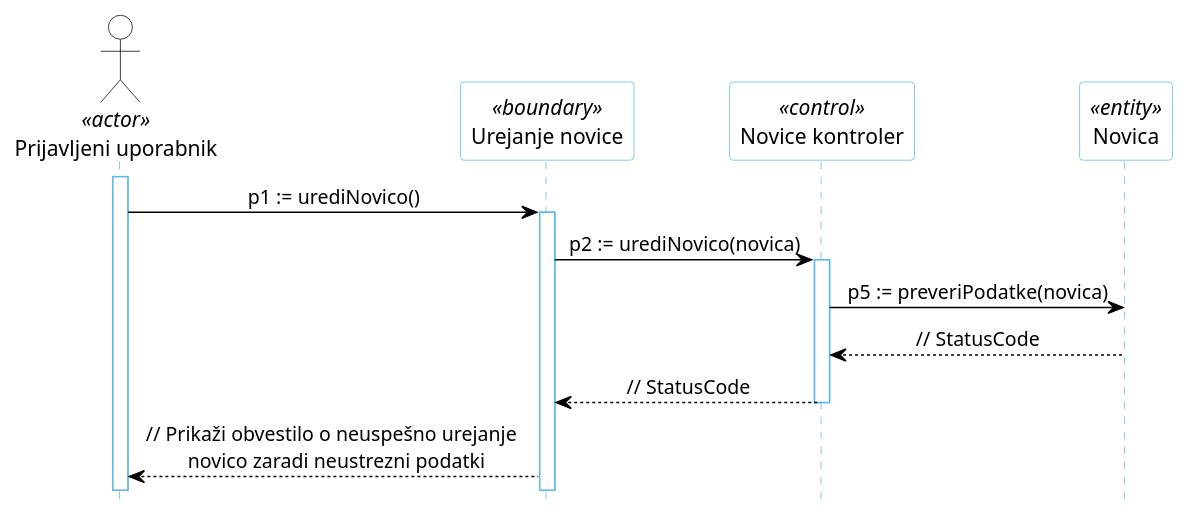
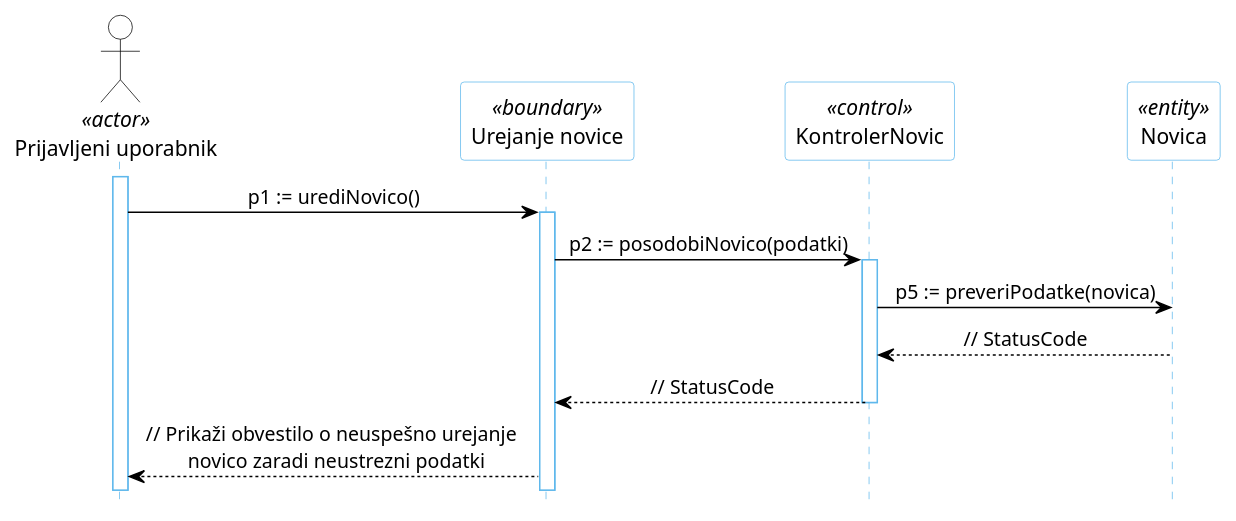
Before and after one commit to kupinah/test-tpo: the diagram in docs/gradivo/plantuml/DZ/urejanje-novica-alternativni.puml, drawn with PlantUML. The commit also changed other lines of this file and 10 other files, not shown here.

```diff
--- a/docs/gradivo/plantuml/DZ/urejanje-novica-alternativni.puml
+++ b/docs/gradivo/plantuml/DZ/urejanje-novica-alternativni.puml
@@ -1,29 +1,29 @@
 @startuml
 hide footbox
 
 skinparam backgroundcolor transparent
 skinparam defaultTextAlignment center
 skinparam actorBorderColor black
 skinparam actorBackgroundColor white
 skinparam arrowColor black
 skinparam sequenceLifeLineBorderColor #5FB8EC
 skinparam sequenceParticipantBorderColor #5FB8EC
 skinparam sequenceParticipantBackgroundColor white
 
 actor "Prijavljeni uporabnik" AS U1 <<actor>>
 
 participant "Urejanje novice" as R5 <<boundary>>
-participant "Novice kontroler" as R2 <<control>>
+participant "KontrolerNovic" as R2 <<control>>
 participant "Novica" as R4 <<entity>>
 
 activate U1
 U1 -> R5: p1 := urediNovico()
 activate R5
-R5 -> R2: p2 := urediNovico(novica)
+R5 -> R2: p2 := posodobiNovico(podatki)
 activate R2
 R2 -> R4: p5 := preveriPodatke(novica)
 R4 --> R2: // StatusCode
 R2 --> R5: // StatusCode
 deactivate R2
 R5 --> U1: // Prikaži obvestilo o neuspešno urejanje \n novico zaradi neustrezni podatki
 @enduml
```
